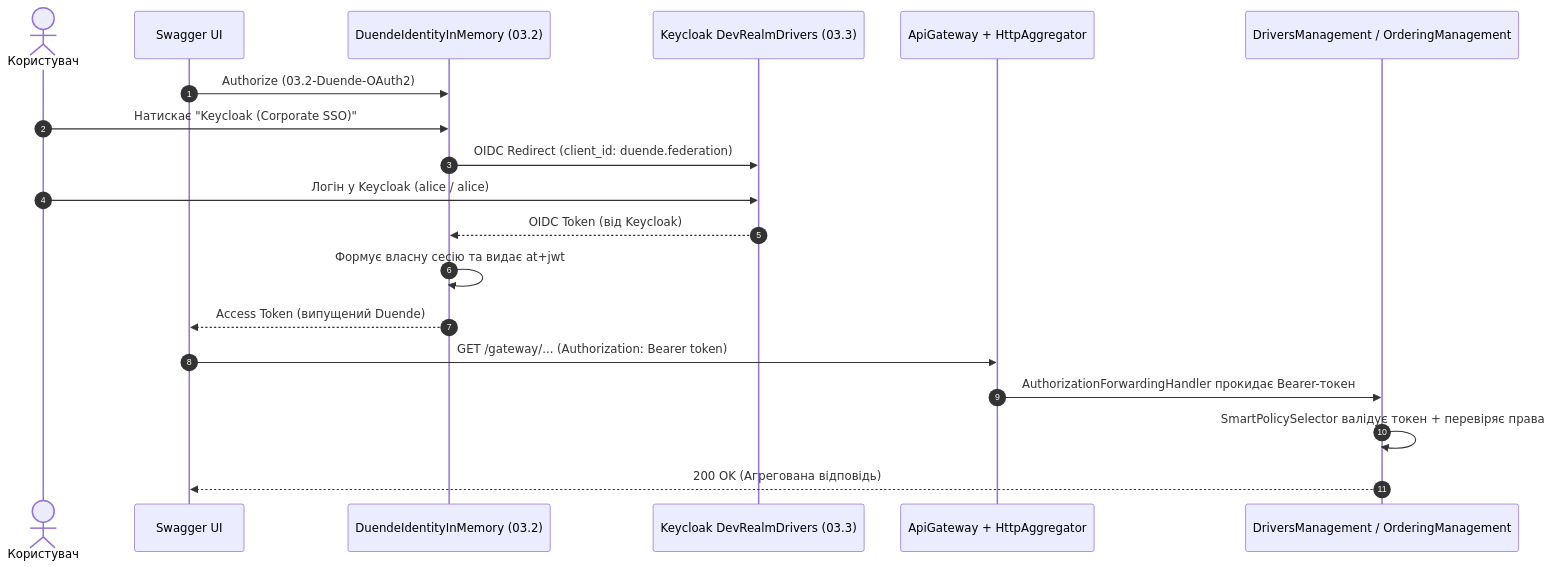
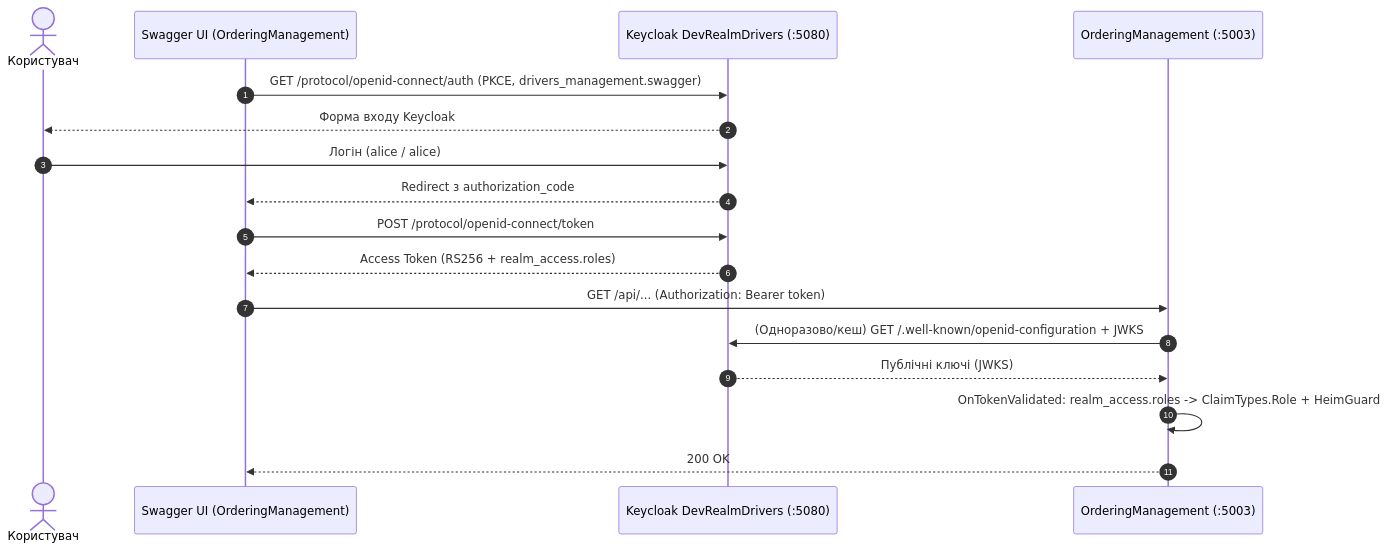
The diagram in 02-Microservices-Craftsman/02-03-Identity-Security-Documentation/03.3_Keycloak_Pulumi_And_Duende_Federation.md (MrTomkaYurii/Demo-AspNet-CargoDeliveryService), drawn with Mermaid before and after one commit. The commit also changed other lines of this file and 21 other files, not shown here.

Commit message:
chore(auth): unify port map, Ukrainian comments, 03.2 PKCE docs, and 03.3 Keycloak Aspire/Pulumi cases

````diff
--- a/02-Microservices-Craftsman/02-03-Identity-Security-Documentation/03.3_Keycloak_Pulumi_And_Duende_Federation.md
+++ b/02-Microservices-Craftsman/02-03-Identity-Security-Documentation/03.3_Keycloak_Pulumi_And_Duende_Federation.md
@@ -37,23 +33,21 @@
 ```mermaid
 sequenceDiagram
     autonumber
     actor User as Користувач
-    participant Sw as Swagger UI
-    participant Duende as DuendeIdentityInMemory (03.2)
-    participant KC as Keycloak DevRealmDrivers (03.3)
-    participant GW as ApiGateway + HttpAggregator
-    participant MS as DriversManagement / OrderingManagement
+    participant Sw as Swagger UI (OrderingManagement)
+    participant KC as Keycloak DevRealmDrivers (:5080)
+    participant API as OrderingManagement (:5003)
 
-    Sw->>Duende: Authorize (03.2-Duende-OAuth2)
-    User->>Duende: Натискає "Keycloak (Corporate SSO)"
-    Duende->>KC: OIDC Redirect (client_id: duende.federation)
-    User->>KC: Логін у Keycloak (alice / alice)
-    KC-->>Duende: OIDC Token (від Keycloak)
-    Duende->>Duende: Формує власну сесію та видає at+jwt
-    Duende-->>Sw: Access Token (випущений Duende)
+    Sw->>KC: GET /protocol/openid-connect/auth (PKCE, drivers_management.swagger)
+    KC-->>User: Форма входу Keycloak
+    User->>KC: Логін (alice / alice)
+    KC-->>Sw: Redirect з authorization_code
+    Sw->>KC: POST /protocol/openid-connect/token
+    KC-->>Sw: Access Token (RS256 + realm_access.roles)
 
-    Sw->>GW: GET /gateway/... (Authorization: Bearer token)
-    GW->>MS: AuthorizationForwardingHandler прокидає Bearer-токен
-    MS->>MS: SmartPolicySelector валідує токен + перевіряє права
-    MS-->>Sw: 200 OK (Агрегована відповідь)
+    Sw->>API: GET /api/... (Authorization: Bearer token)
+    API->>KC: (Одноразово/кеш) GET /.well-known/openid-configuration + JWKS
+    KC-->>API: Публічні ключі (JWKS)
+    API->>API: OnTokenValidated: realm_access.roles -> ClaimTypes.Role + HeimGuard
+    API-->>Sw: 200 OK
 ```
````
